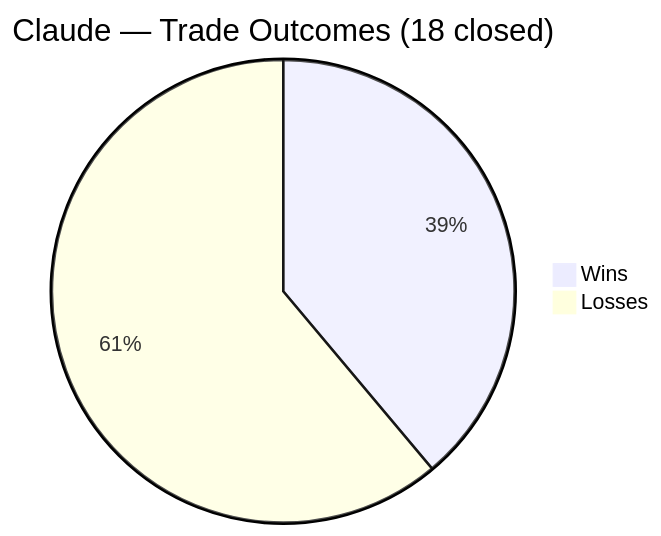
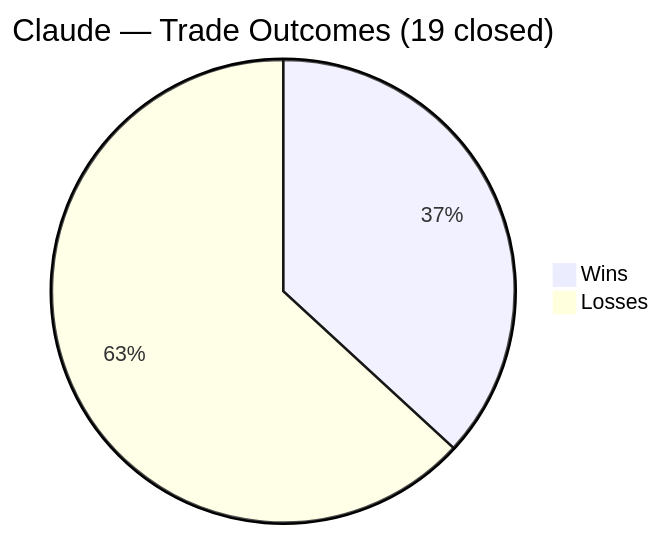
The third of 5 diagrams in README.md (zachisit/ai-auto-buy-thesis), drawn with Mermaid before and after one commit. The commit also changed other lines of this file and 2 other files, not shown here.

````diff
--- a/README.md
+++ b/README.md
@@ -47,5 +47,5 @@
 ```mermaid
-pie title Claude — Trade Outcomes (18 closed)
+pie title Claude — Trade Outcomes (19 closed)
     "Wins" : 7
-    "Losses" : 11
+    "Losses" : 12
 ```
````
